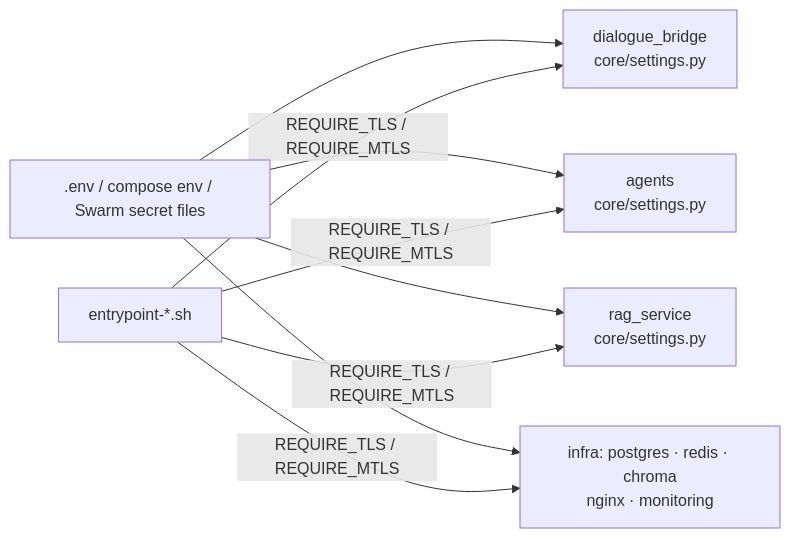
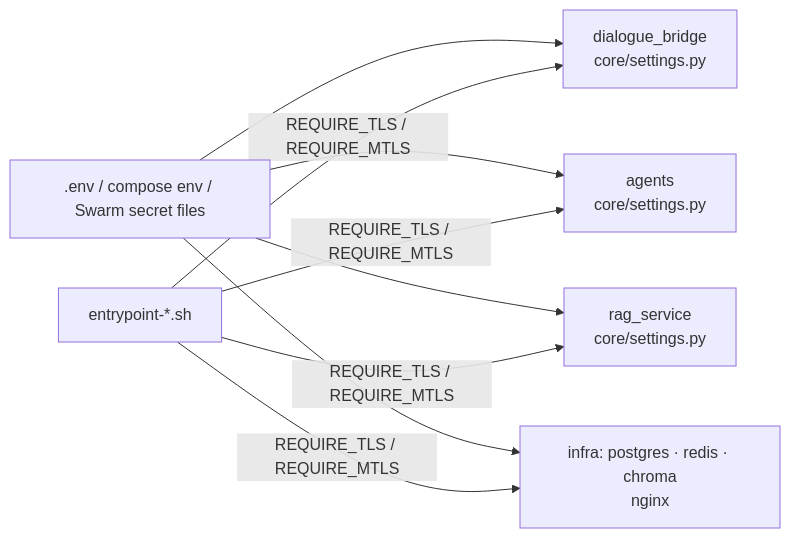
The diagram in docs/architecture/configuration.md (konstantinosmpouros/mAgenticX), drawn with Mermaid before and after one commit. The commit also changed other lines of this file and 26 other files, not shown here.

````diff
--- a/docs/architecture/configuration.md
+++ b/docs/architecture/configuration.md
@@ -9,8 +9,8 @@
 ```mermaid
 flowchart LR
-    Env[".env / compose env / Swarm secret files"] --> S1["dialogue_bridge\ncore/settings.py"]
-    Env --> S2["agents\ncore/settings.py"]
-    Env --> S3["rag_service\ncore/settings.py"]
-    Env --> S4["infra: postgres · redis · chroma\nnginx · monitoring"]
+    Env[".env / compose env / Swarm secret files"] --> S1["dialogue_bridge<br/>core/settings.py"]
+    Env --> S2["agents<br/>core/settings.py"]
+    Env --> S3["rag_service<br/>core/settings.py"]
+    Env --> S4["infra: postgres · redis · chroma<br/>nginx"]
     EP["entrypoint-*.sh"] -->|"REQUIRE_TLS / REQUIRE_MTLS"| S1 & S2 & S3 & S4
 ```
````
